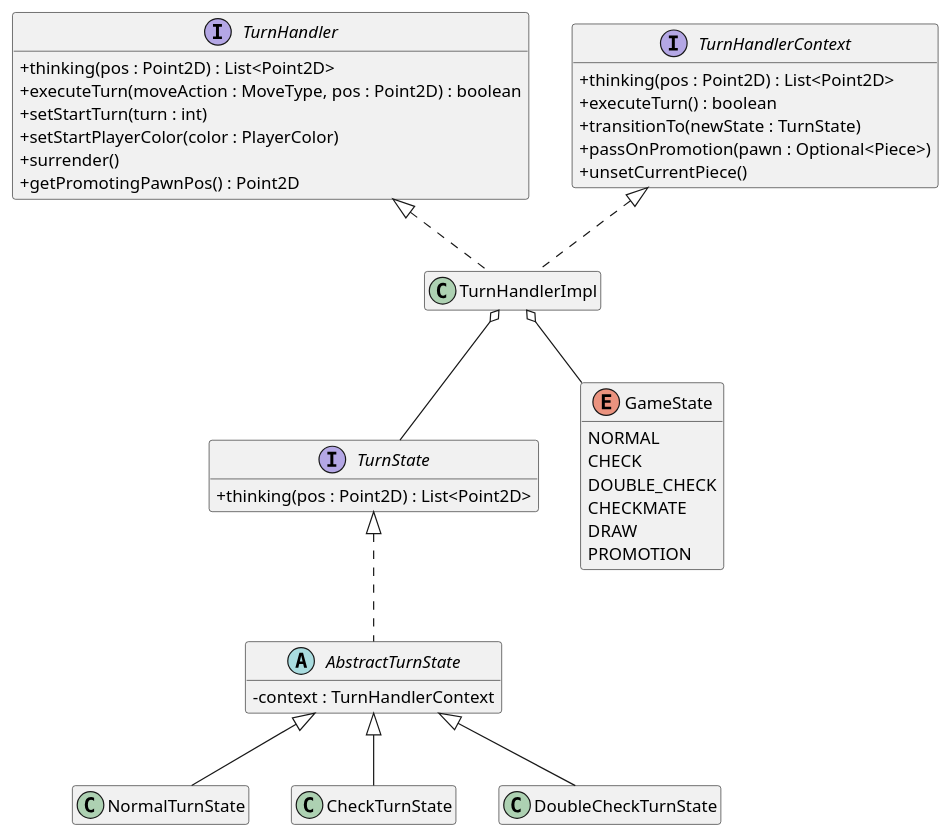
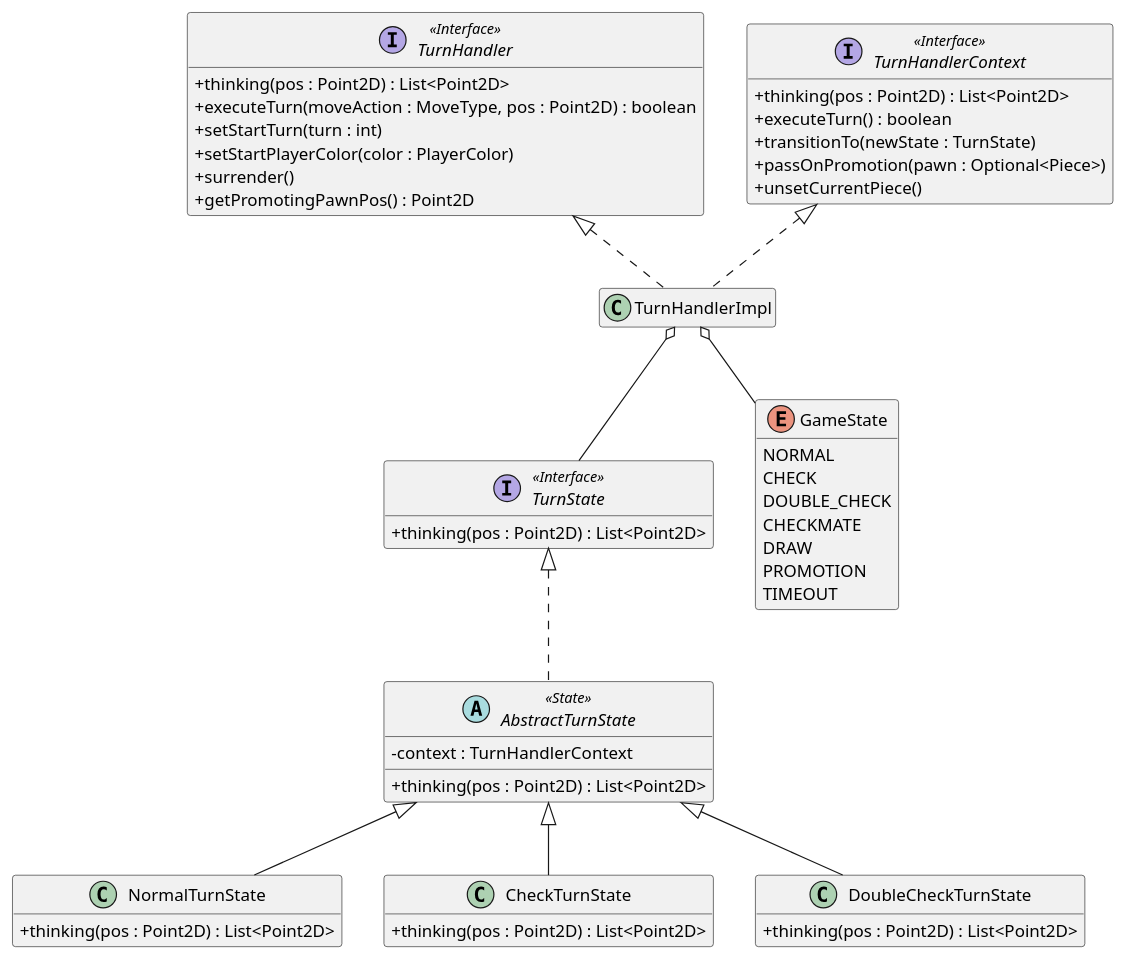
The diagram in docs/TurnHandler.puml (Turbo-Chess/Turbo-Chess), drawn with PlantUML before and after one commit.

Commit message:
Modified TurnHandler puml

```diff
--- a/docs/TurnHandler.puml
+++ b/docs/TurnHandler.puml
@@ -1,53 +1,61 @@
 @startuml TurnHandler
 
 skinparam classAttributeIconSize 0
 hide empty fields
 hide empty method
 
-interface TurnHandler {
+interface TurnHandler <<Interface>> {
     +thinking(pos : Point2D) : List<Point2D>
     +executeTurn(moveAction : MoveType, pos : Point2D) : boolean
     +setStartTurn(turn : int)
     +setStartPlayerColor(color : PlayerColor)
     +surrender()
     +getPromotingPawnPos() : Point2D
 }
 
-interface TurnHandlerContext {
+interface TurnHandlerContext <<Interface>> {
     +thinking(pos : Point2D) : List<Point2D>
     +executeTurn() : boolean
     +transitionTo(newState : TurnState)
     +passOnPromotion(pawn : Optional<Piece>)
     +unsetCurrentPiece()
 }
 
-interface TurnState {
+interface TurnState <<Interface>> {
     +thinking(pos : Point2D) : List<Point2D>
 }
 
 class TurnHandlerImpl
 TurnHandler <|.. TurnHandlerImpl
 TurnHandlerContext <|.. TurnHandlerImpl
 TurnHandlerImpl o-- TurnState
 
 enum GameState {
     NORMAL
     CHECK
     DOUBLE_CHECK
     CHECKMATE
     DRAW
     PROMOTION
+    TIMEOUT
 }
 TurnHandlerImpl o-- GameState
-abstract class AbstractTurnState {
+abstract class AbstractTurnState <<State>> {
     -context : TurnHandlerContext
+    +thinking(pos : Point2D) : List<Point2D>
 }
 TurnState <|.. AbstractTurnState
 
-class NormalTurnState
-class CheckTurnState
-class DoubleCheckTurnState
+class NormalTurnState {
+    +thinking(pos : Point2D) : List<Point2D>
+}
+class CheckTurnState {
+    +thinking(pos : Point2D) : List<Point2D>
+}
+class DoubleCheckTurnState {
+    +thinking(pos : Point2D) : List<Point2D>
+}
 AbstractTurnState <|-- NormalTurnState
 AbstractTurnState <|-- CheckTurnState
 AbstractTurnState <|-- DoubleCheckTurnState
 @enduml
```
